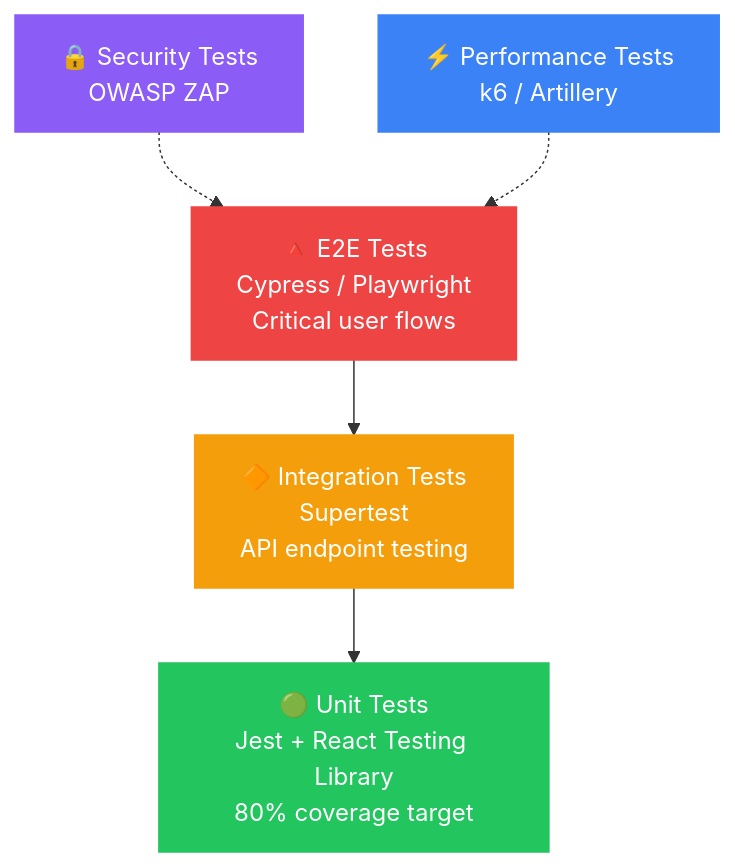
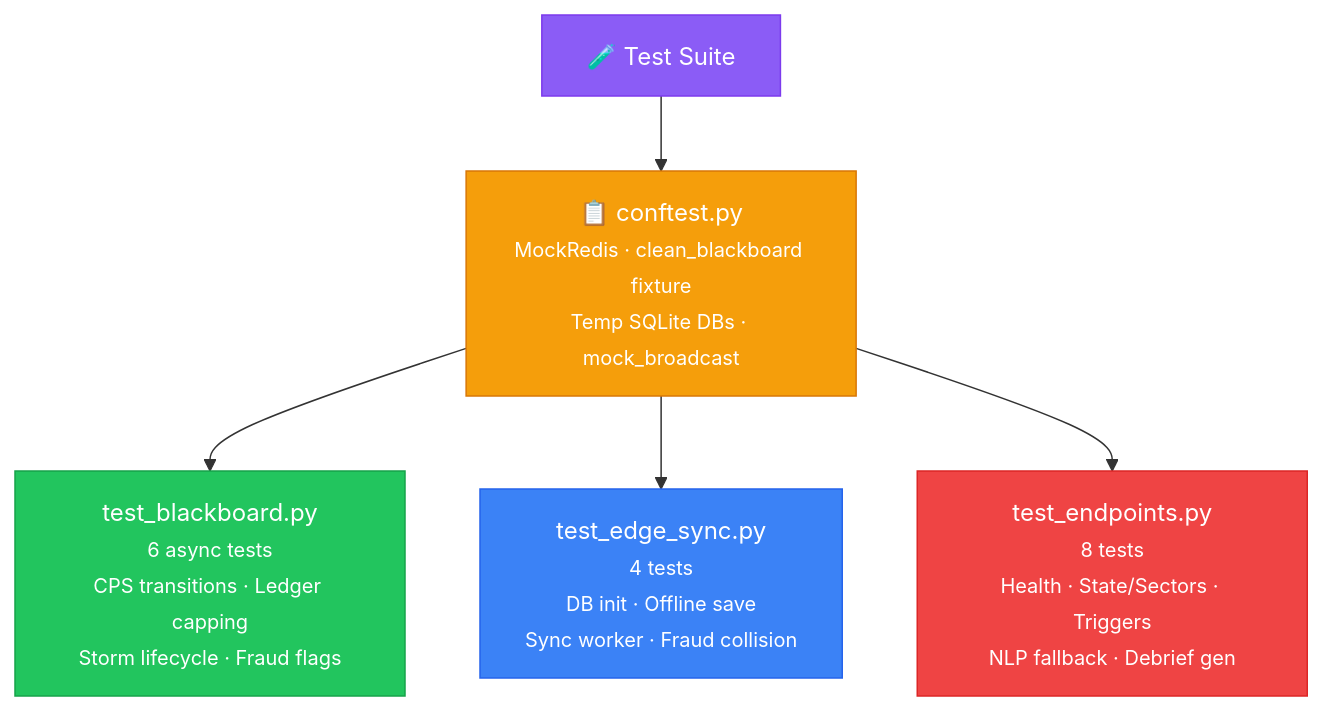
Before and after one commit to dayanandXdarpan/stadiumos: the seventh of 7 diagrams in README.md, drawn with Mermaid. The commit also changed other lines of this file and 5 other files, not shown here.

````diff
--- a/README.md
+++ b/README.md
@@ -579,14 +652,14 @@
 ```mermaid
 graph TB
-    A["🔺 E2E Tests<br/>Cypress / Playwright<br/>Critical user flows"] --> B["🔶 Integration Tests<br/>Supertest<br/>API endpoint testing"]
-    B --> C["🟢 Unit Tests<br/>Jest + React Testing Library<br/>80% coverage target"]
+    A["🧪 Test Suite"] --> B["📋 conftest.py<br/><small>MockRedis · clean_blackboard fixture<br/>Temp SQLite DBs · mock_broadcast</small>"]
 
-    D["🔒 Security Tests<br/>OWASP ZAP"] -.-> A
-    E["⚡ Performance Tests<br/>k6 / Artillery"] -.-> A
+    B --> C["test_blackboard.py<br/><small>6 async tests</small><br/><small>CPS transitions · Ledger capping<br/>Storm lifecycle · Fraud flags</small>"]
+    B --> D["test_edge_sync.py<br/><small>4 tests</small><br/><small>DB init · Offline save<br/>Sync worker · Fraud collision</small>"]
+    B --> E["test_endpoints.py<br/><small>8 tests</small><br/><small>Health · State/Sectors · Triggers<br/>NLP fallback · Debrief gen</small>"]
 
-    style A fill:#ef4444,stroke:#ef4444,color:#fff
-    style B fill:#f59e0b,stroke:#f59e0b,color:#fff
-    style C fill:#22c55e,stroke:#22c55e,color:#fff
-    style D fill:#8b5cf6,stroke:#8b5cf6,color:#fff
-    style E fill:#3b82f6,stroke:#3b82f6,color:#fff
+    style A fill:#8b5cf6,stroke:#7c3aed,color:#fff
+    style B fill:#f59e0b,stroke:#d97706,color:#fff
+    style C fill:#22c55e,stroke:#16a34a,color:#fff
+    style D fill:#3b82f6,stroke:#2563eb,color:#fff
+    style E fill:#ef4444,stroke:#dc2626,color:#fff
 ```
````
